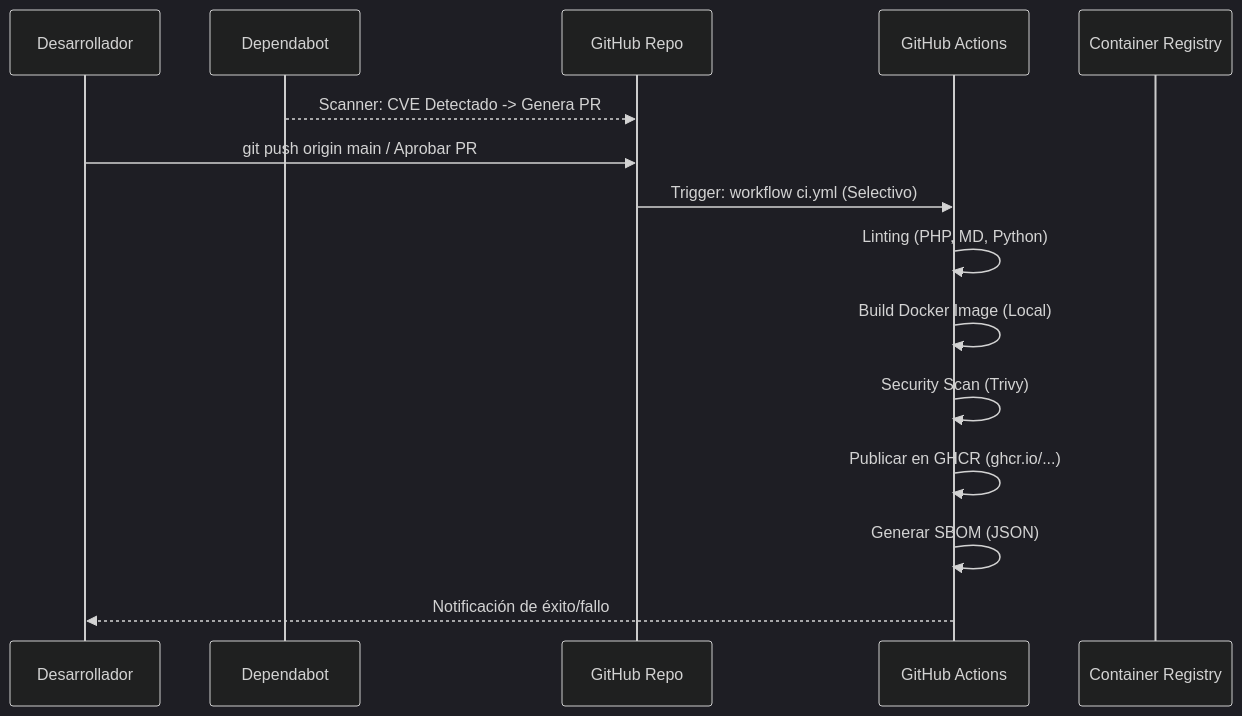
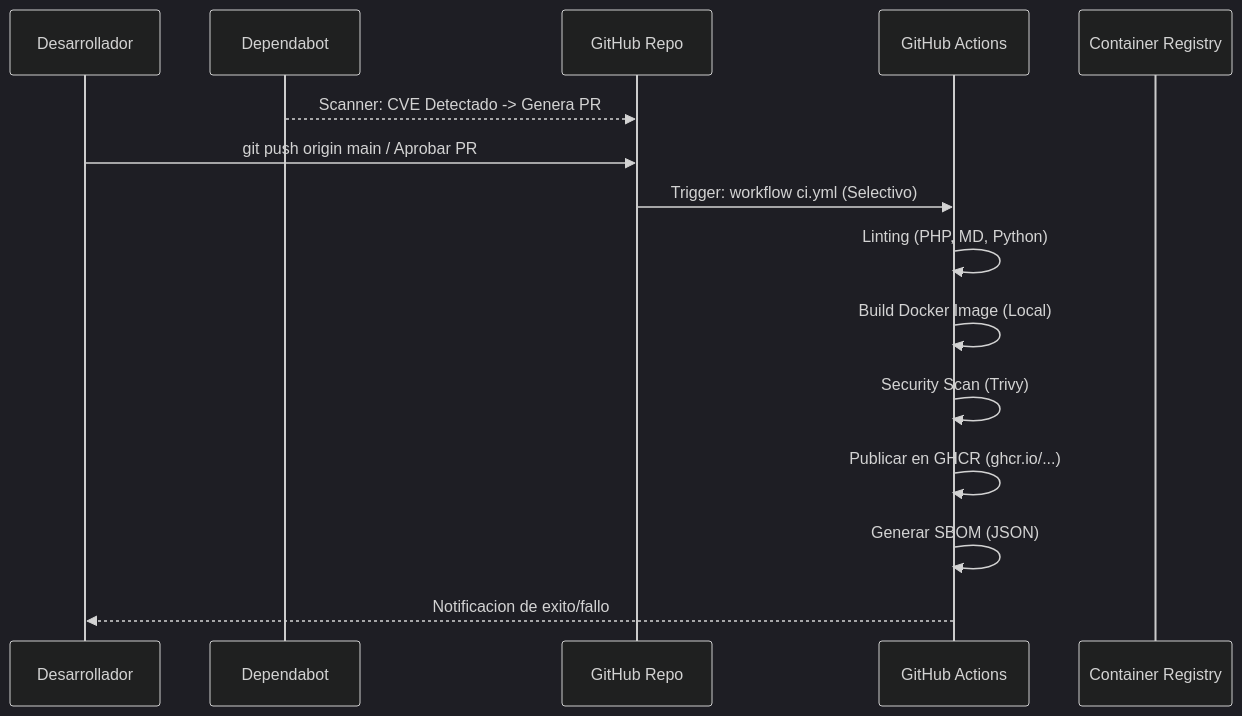
The second of 3 diagrams in docs/ARCHITECTURE.md (vladimiracunadev-create/microsistemas), drawn with Mermaid (dark theme) before and after one commit. The commit also changed other lines of this file and 73 other files, not shown here.

````diff
--- a/docs/ARCHITECTURE.md
+++ b/docs/ARCHITECTURE.md
@@ -118,18 +118,18 @@
 ```mermaid
 sequenceDiagram
     participant Dev as Desarrollador
     participant Bot as Dependabot
     participant GH as GitHub Repo
     participant GA as GitHub Actions
     participant GHCR as Container Registry
 
     Bot-->>GH: Scanner: CVE Detectado -> Genera PR
     Dev->>GH: git push origin main / Aprobar PR
     GH->>GA: Trigger: workflow ci.yml (Selectivo)
     GA->>GA: Linting (PHP, MD, Python)
     GA->>GA: Build Docker Image (Local)
     GA->>GA: Security Scan (Trivy)
     GA->>GA: Publicar en GHCR (ghcr.io/...)
     GA->>GA: Generar SBOM (JSON)
-    GA-->>Dev: Notificación de éxito/fallo
+    GA-->>Dev: Notificacion de exito/fallo
 ```
````
